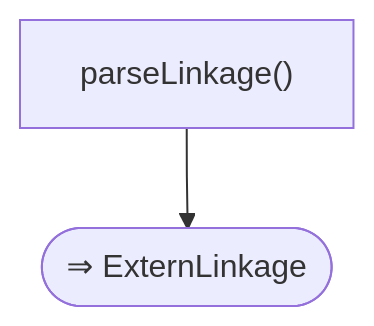
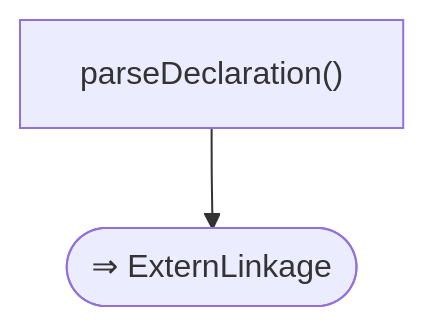
Diagram 40 of 55 in docs/parser_rule/_generated/60_advanced.md (sadlang/sadlang), drawn with Mermaid before and after one commit. The commit also changed other lines of this file and 283 other files, not shown here.

````diff
--- a/docs/parser_rule/_generated/60_advanced.md
+++ b/docs/parser_rule/_generated/60_advanced.md
@@ -1250,6 +1327,6 @@
 ```mermaid
 flowchart TD
-  f1["parseLinkage()"]
+  f1["parseDeclaration()"]
   f2(["⇒ ExternLinkage"])
   f1 --> f2
 ```
````
